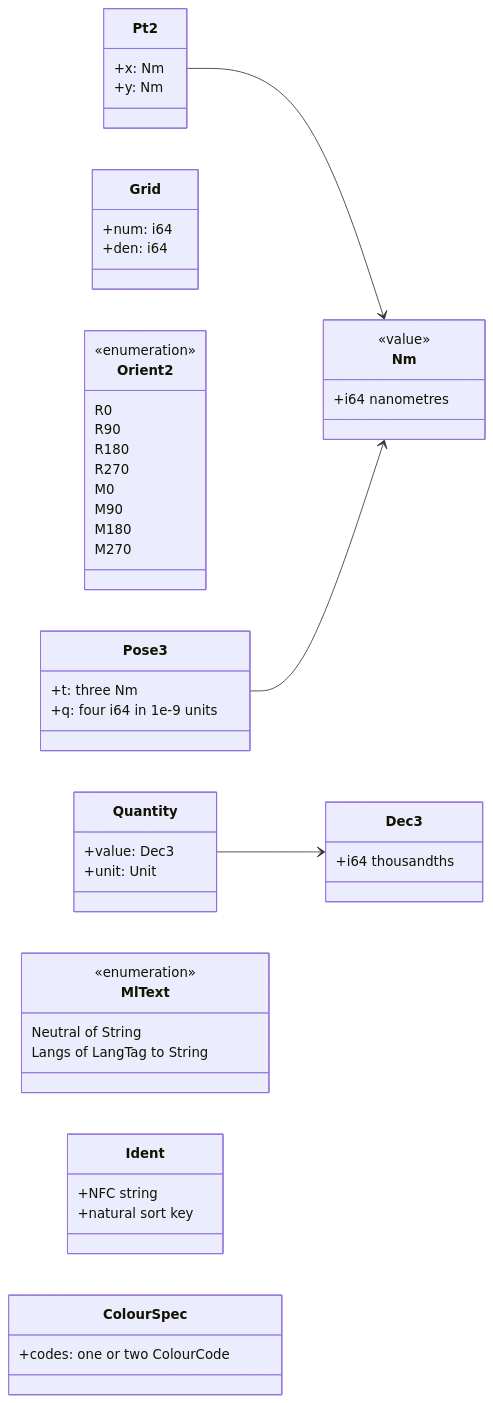
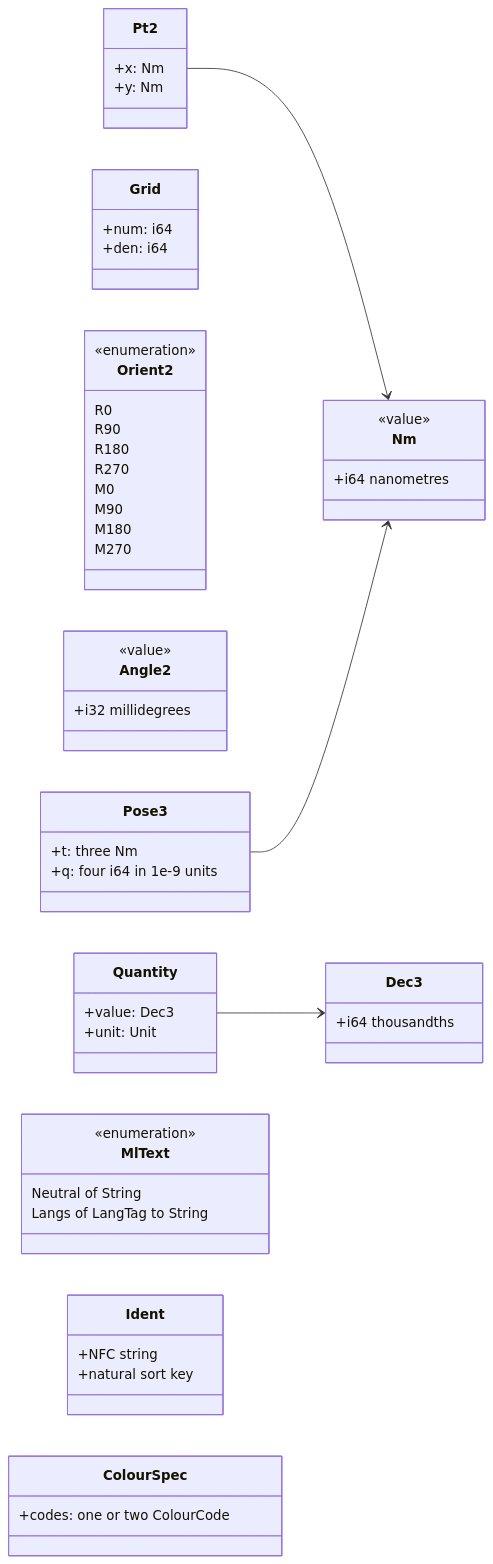
One commit to Ironkode787/ElektraWatt changed the second of 20 diagrams in docs/design/03-domain-model.md. Above: the diagram before and after it, drawn with Mermaid. The commit also changed other lines of this file and 51 other files, not shown here.

````diff
--- a/docs/design/03-domain-model.md
+++ b/docs/design/03-domain-model.md
@@ -166,53 +186,57 @@
 ```mermaid
 classDiagram
   direction LR
   class Nm {
     <<value>>
     +i64 nanometres
   }
   class Pt2 {
     +x: Nm
     +y: Nm
   }
   class Grid {
     +num: i64
     +den: i64
   }
   class Orient2 {
     <<enumeration>>
     R0
     R90
     R180
     R270
     M0
     M90
     M180
     M270
+  }
+  class Angle2 {
+    <<value>>
+    +i32 millidegrees
   }
   class Pose3 {
     +t: three Nm
     +q: four i64 in 1e-9 units
   }
   class Dec3 {
     +i64 thousandths
   }
   class Quantity {
     +value: Dec3
     +unit: Unit
   }
   class MlText {
     <<enumeration>>
     Neutral of String
     Langs of LangTag to String
   }
   class Ident {
     +NFC string
     +natural sort key
   }
   class ColourSpec {
     +codes: one or two ColourCode
   }
   Pt2 --> Nm
   Pose3 --> Nm
   Quantity --> Dec3
 ```
````
